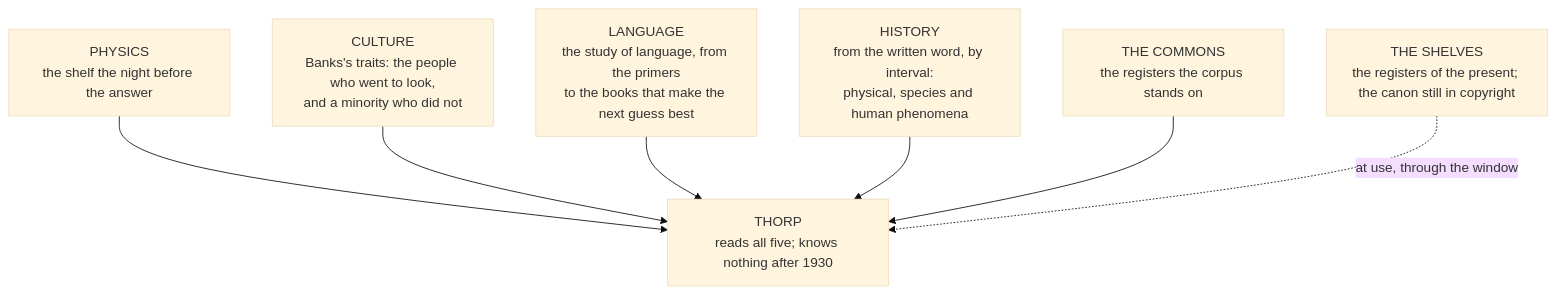
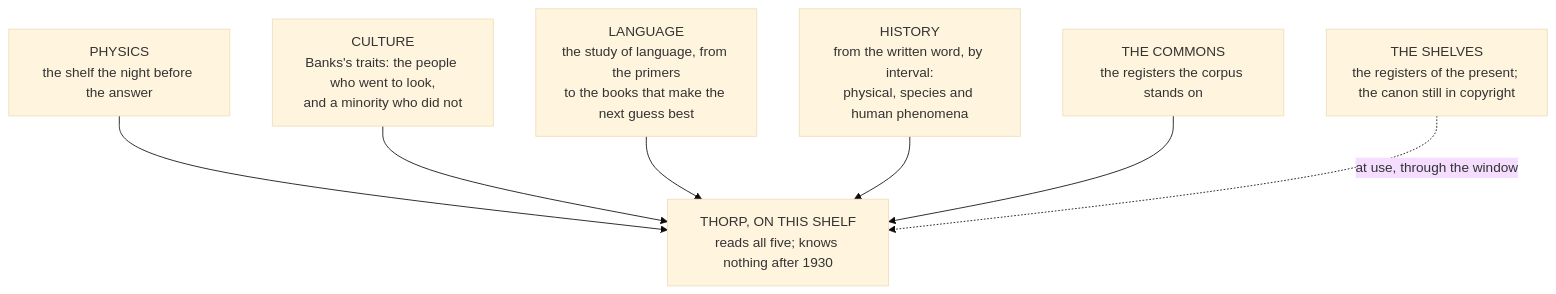
One commit to demitonapp/nothing-up-my-sleeve changed the diagram in docs/writings/nothing-up-my-sleeve/03-not-built-to-comprehend-a-lie/09-a-world-up-to-1930.md. Above: the diagram before and after it, drawn with Mermaid (base theme). The commit also changed other lines of this file and 31 other files, not shown here.

````diff
--- a/docs/writings/nothing-up-my-sleeve/03-not-built-to-comprehend-a-lie/09-a-world-up-to-1930.md
+++ b/docs/writings/nothing-up-my-sleeve/03-not-built-to-comprehend-a-lie/09-a-world-up-to-1930.md
@@ -35,16 +47,16 @@
 ```mermaid
 flowchart TB
   P["PHYSICS<br/>the shelf the night before the answer"]
   C["CULTURE<br/>Banks's traits: the people who went to look,<br/>and a minority who did not"]
   E["LANGUAGE<br/>the study of language, from the primers<br/>to the books that make the next guess best"]
   H["HISTORY<br/>from the written word, by interval:<br/>physical, species and human phenomena"]
   K["THE COMMONS<br/>the registers the corpus stands on"]
-  T["THORP<br/>reads all five; knows nothing after 1930"]
+  T["THORP, ON THIS SHELF<br/>reads all five; knows nothing after 1930"]
   S["THE SHELVES<br/>the registers of the present; the canon still in copyright"]
   P --> T
   C --> T
   E --> T
   H --> T
   K --> T
   S -.->|"at use, through the window"| T
 ```
````
